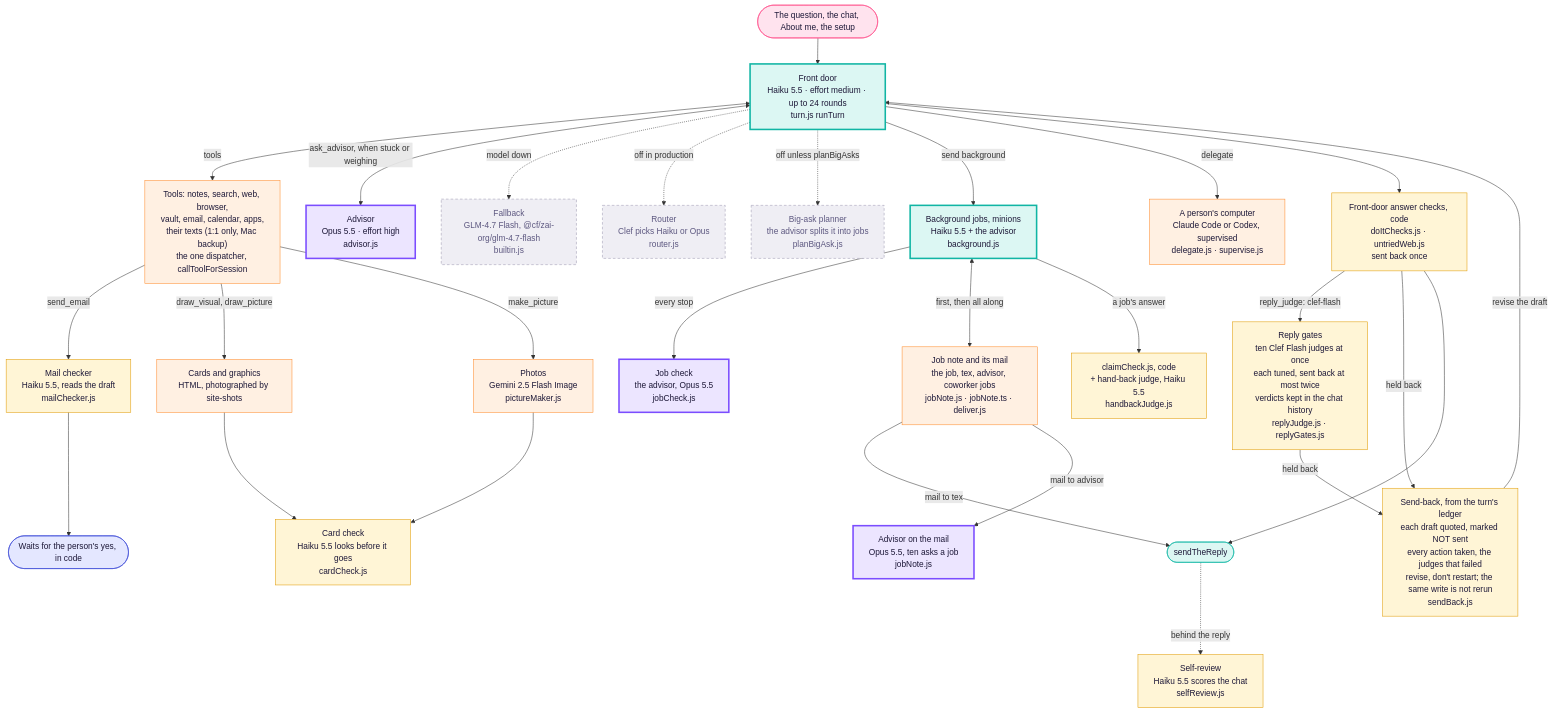
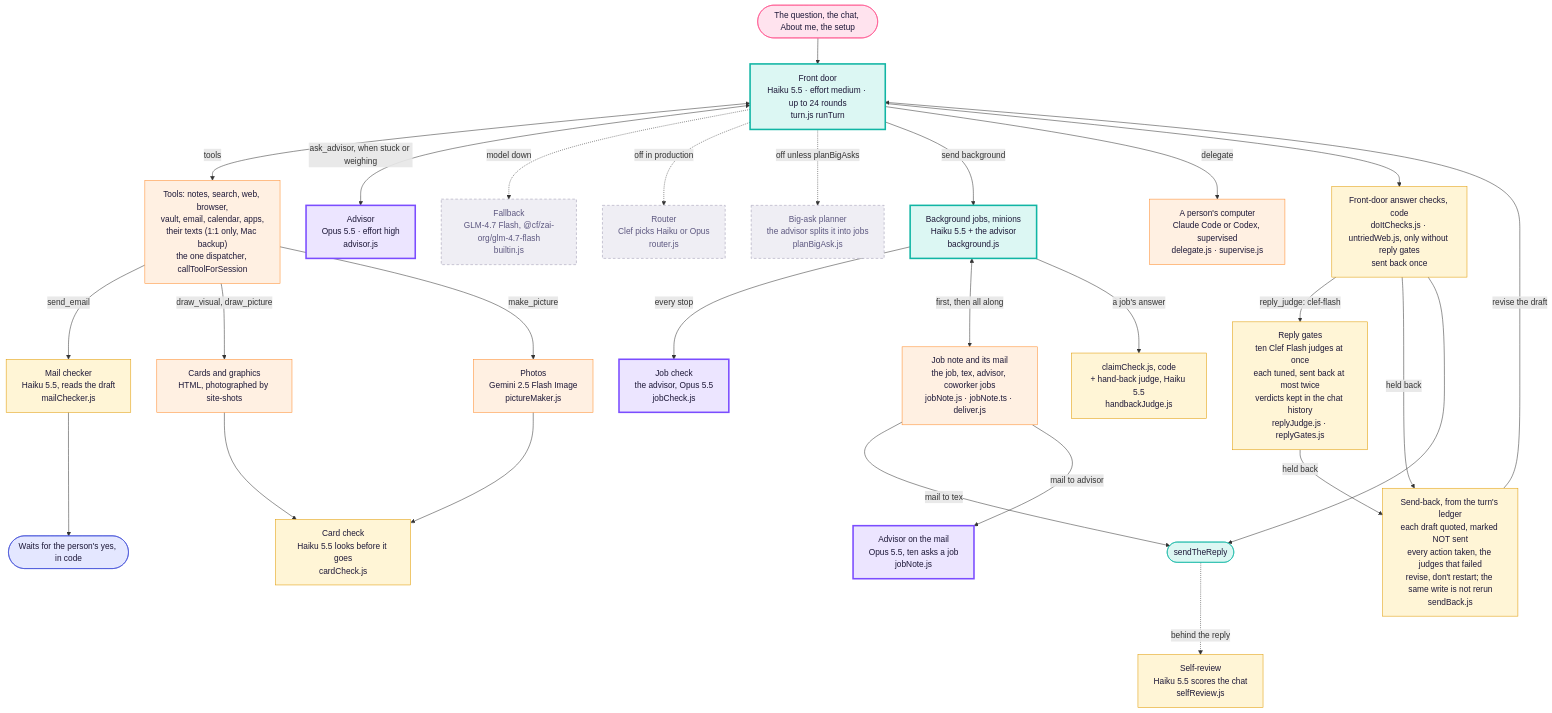
The third of 3 diagrams in docs/architecture/tex.md (Supa-Media/context), drawn with Mermaid before and after one commit. The commit also changed other lines of this file and 12 other files, not shown here.

First line of the commit message:
Tex reply gates: retire the word checks they replace, re-read every rewrite, skip job reports (#3052)

````diff
--- a/docs/architecture/tex.md
+++ b/docs/architecture/tex.md
@@ -111,42 +111,42 @@
 ```mermaid
 flowchart TB
   Q([The question, the chat, About me, the setup]):::you --> FD
   FD["Front door<br/>Haiku 5.5 · effort medium · up to 24 rounds<br/>turn.js runTurn"]:::haiku
   FD <-->|tools| T["Tools: notes, search, web, browser,<br/>vault, email, calendar, apps,<br/>their texts (1:1 only, Mac backup)<br/>the one dispatcher, callToolForSession"]:::tool
   FD <-->|ask_advisor, when stuck or weighing| ADV["Advisor<br/>Opus 5.5 · effort high<br/>advisor.js"]:::opus
   FD -. model down .-> FB["Fallback<br/>GLM-4.7 Flash, @cf/zai-org/glm-4.7-flash<br/>builtin.js"]:::off
   FD -. off in production .-> RT["Router<br/>Clef picks Haiku or Opus<br/>router.js"]:::off
   FD -. off unless planBigAsks .-> PL["Big-ask planner<br/>the advisor splits it into jobs<br/>planBigAsk.js"]:::off
 
   FD -->|send background| JOB["Background jobs, minions<br/>Haiku 5.5 + the advisor<br/>background.js"]:::haiku
   JOB -->|every stop| JC["Job check<br/>the advisor, Opus 5.5<br/>jobCheck.js"]:::opus
   JOB <-->|first, then all along| JN["Job note and its mail<br/>the job, tex, advisor, coworker jobs<br/>jobNote.js · jobNote.ts · deliver.js"]:::tool
   JN -->|mail to tex| SEND
   JN -->|mail to advisor| JNA["Advisor on the mail<br/>Opus 5.5, ten asks a job<br/>jobNote.js"]:::opus
   JOB -->|a job's answer| JCK["claimCheck.js, code<br/>+ hand-back judge, Haiku 5.5<br/>handbackJudge.js"]:::judge
   FD -->|delegate| DL["A person's computer<br/>Claude Code or Codex, supervised<br/>delegate.js · supervise.js"]:::tool
 
   T -->|send_email| MC["Mail checker<br/>Haiku 5.5, reads the draft<br/>mailChecker.js"]:::judge
   MC --> YES([Waits for the person's yes, in code]):::rail
   T -->|draw_visual, draw_picture| PIC["Cards and graphics<br/>HTML, photographed by site-shots"]:::tool
   T -->|make_picture| IMG["Photos<br/>Gemini 2.5 Flash Image<br/>pictureMaker.js"]:::tool
   PIC --> CC["Card check<br/>Haiku 5.5 looks before it goes<br/>cardCheck.js"]:::judge
   IMG --> CC
 
-  FD --> CHK["Front-door answer checks, code<br/>doItChecks.js · untriedWeb.js<br/>sent back once"]:::judge
+  FD --> CHK["Front-door answer checks, code<br/>doItChecks.js · untriedWeb.js, only without reply gates<br/>sent back once"]:::judge
   CHK -->|reply_judge: clef-flash| RJ["Reply gates<br/>ten Clef Flash judges at once<br/>each tuned, sent back at most twice<br/>verdicts kept in the chat history<br/>replyJudge.js · replyGates.js"]:::judge
   CHK -->|held back| SB["Send-back, from the turn's ledger<br/>each draft quoted, marked NOT sent<br/>every action taken, the judges that failed<br/>revise, don't restart; the same write is not rerun<br/>sendBack.js"]:::judge
   RJ -->|held back| SB
   SB -->|revise the draft| FD
   CHK --> SEND([sendTheReply]):::door
   SEND -. behind the reply .-> SR["Self-review<br/>Haiku 5.5 scores the chat<br/>selfReview.js"]:::judge
 
   classDef you fill:#ffe3ee,stroke:#ff4f8b,color:#1d1838
   classDef haiku fill:#dcf7f3,stroke:#11b5a4,stroke-width:3px,color:#1d1838
   classDef opus fill:#ece5ff,stroke:#7b4dff,stroke-width:3px,color:#1d1838
   classDef judge fill:#fff5d6,stroke:#e09a00,color:#1d1838
   classDef tool fill:#fff0e2,stroke:#ff8a2a,color:#1d1838
   classDef rail fill:#e4e7ff,stroke:#3c4bd6,color:#1d1838
   classDef door fill:#dcf7f3,stroke:#11b5a4,color:#1d1838
   classDef off fill:#efeef4,stroke:#9a97b0,stroke-dasharray:5 4,color:#5d5880
 ```
````
